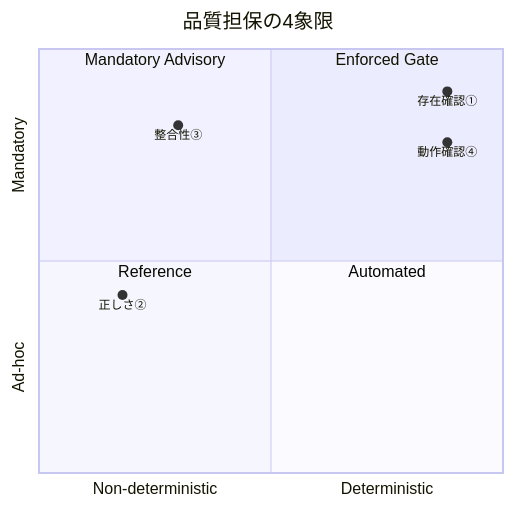
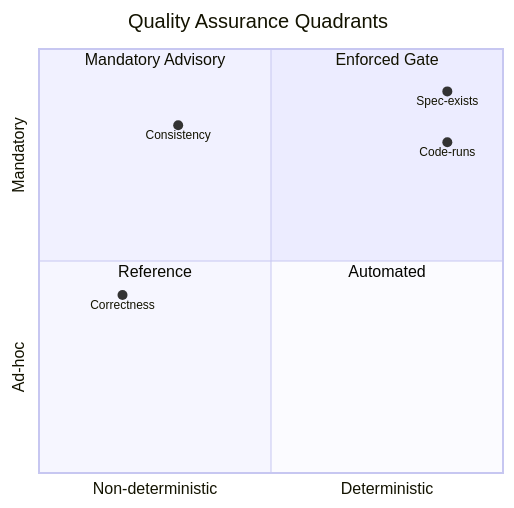
Before and after one commit to PrimeBrains/sdd-workshop: the first of 3 diagrams in atelier/docs/why-sdd.md, drawn with Mermaid. The commit also changed other lines of this file, not shown here.

Commit message:
fix(docs): quadrantChartの日本語・丸数字をASCIIラベルに変更
quadrantChartパーサーが日本語・丸数字を解析できないため
ASCIIラベルに変更し、日本語マッピング表を追加。

````diff
--- a/atelier/docs/why-sdd.md
+++ b/atelier/docs/why-sdd.md
@@ -131,14 +131,14 @@
 ```mermaid
 quadrantChart
-    title 品質担保の4象限
+    title Quality Assurance Quadrants
     x-axis Non-deterministic --> Deterministic
     y-axis Ad-hoc --> Mandatory
     quadrant-1 Enforced Gate
     quadrant-2 Mandatory Advisory
     quadrant-3 Reference
     quadrant-4 Automated
-    存在確認①: [0.88, 0.9]
-    動作確認④: [0.88, 0.78]
-    整合性③: [0.3, 0.82]
-    正しさ②: [0.18, 0.42]
+    Spec-exists: [0.88, 0.9]
+    Code-runs: [0.88, 0.78]
+    Consistency: [0.3, 0.82]
+    Correctness: [0.18, 0.42]
 ```
````
